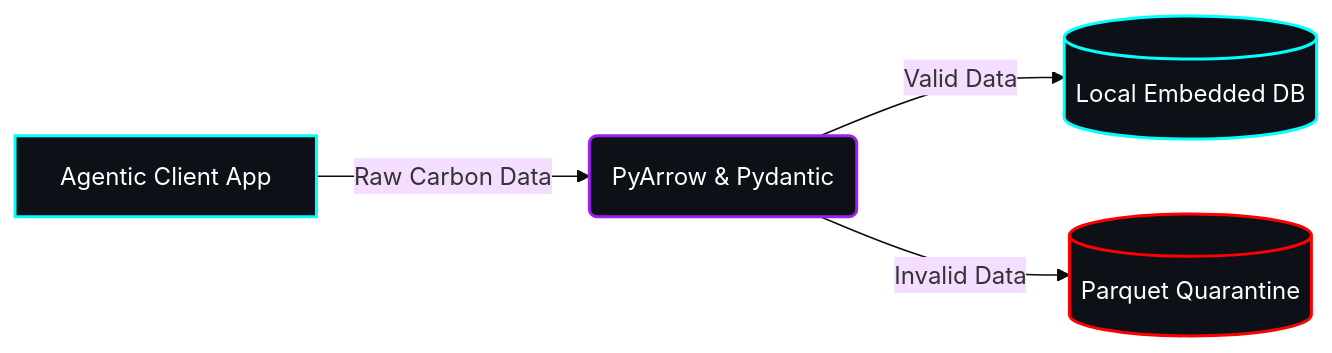
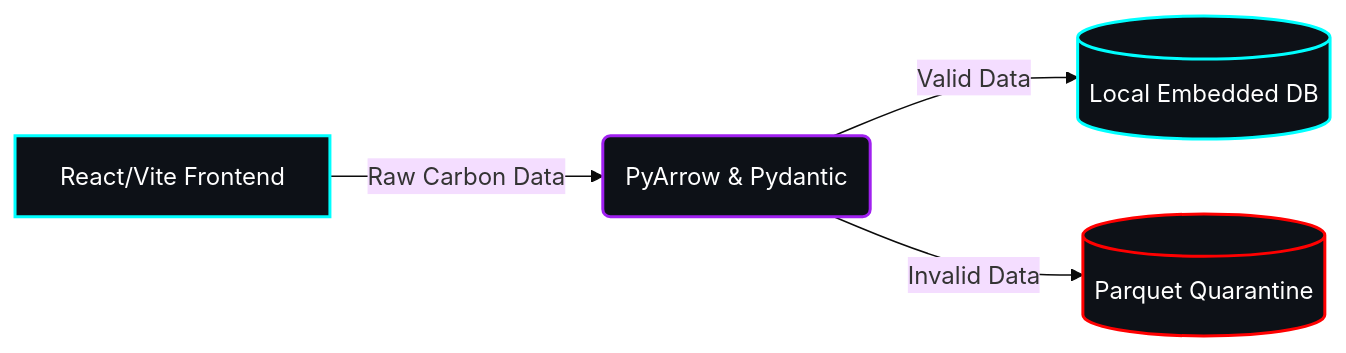
Before and after one commit to hitanshuac/yeti-tracker: the diagram in README.md, drawn with Mermaid (base theme). The commit also changed other lines of this file and 4 other files, not shown here.

````diff
--- a/README.md
+++ b/README.md
@@ -37,11 +37,11 @@
 ```mermaid
 graph LR
-    A[Agentic Client App] -->|Raw Carbon Data| B(PyArrow & Pydantic)
+    A[React/Vite Frontend] -->|Raw Carbon Data| B(PyArrow & Pydantic)
     B -->|Valid Data| C[(Local Embedded DB)]
     B -->|Invalid Data| D[(Parquet Quarantine)]
     
     style A fill:#0D1117,stroke:#00FFFF,stroke-width:2px,color:#fff
     style B fill:#0D1117,stroke:#A020F0,stroke-width:2px,color:#fff
     style C fill:#0D1117,stroke:#00FFFF,stroke-width:2px,color:#fff
     style D fill:#0D1117,stroke:#FF0000,stroke-width:2px,color:#fff
 ```
````
